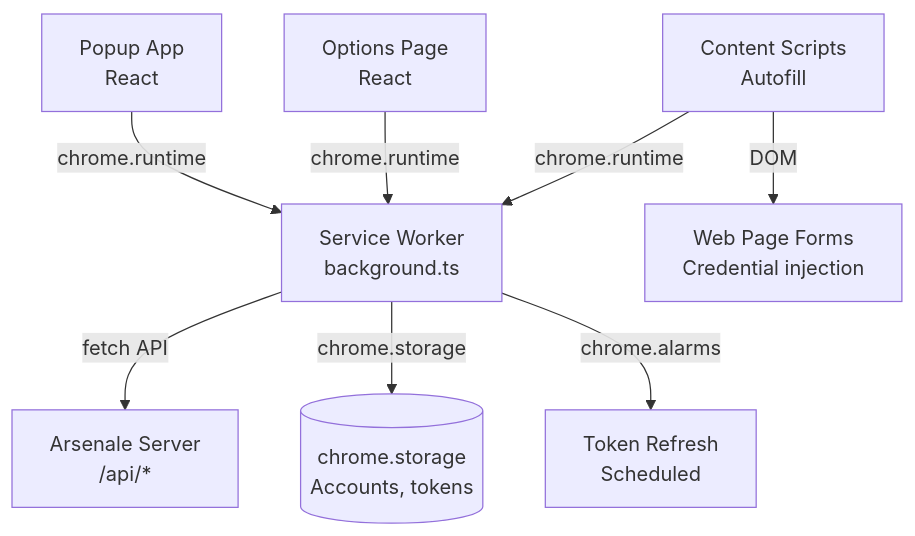
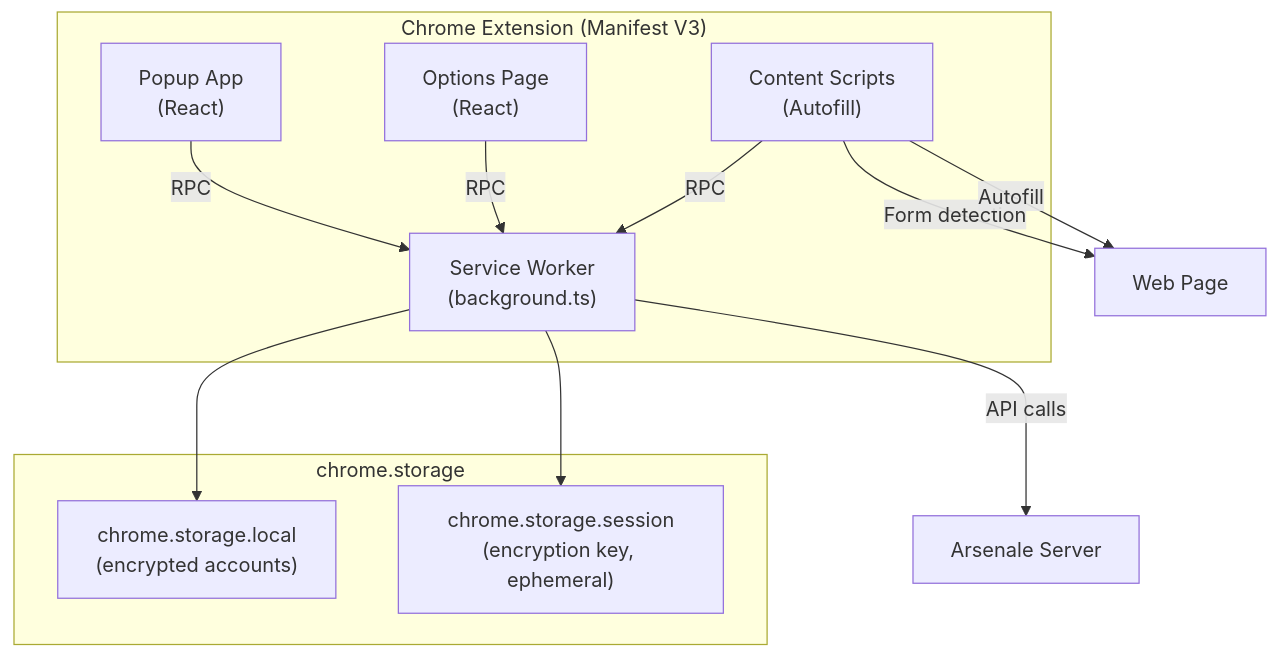
Before and after one commit to dnviti/remote-desktop-manager: diagram 11 of 11 in docs/architecture.md, drawn with Mermaid. The commit also changed other lines of this file and 9 other files, not shown here.

````diff
--- a/docs/architecture.md
+++ b/docs/architecture.md
@@ -383,12 +515,23 @@
 ```mermaid
 flowchart TD
-    Popup[Popup App<br/>React] -->|chrome.runtime| SW[Service Worker<br/>background.ts]
-    Options[Options Page<br/>React] -->|chrome.runtime| SW
-    Content[Content Scripts<br/>Autofill] -->|chrome.runtime| SW
+    subgraph Extension["Chrome Extension (Manifest V3)"]
+        BG["Service Worker<br/>(background.ts)"]
+        Popup["Popup App<br/>(React)"]
+        Options["Options Page<br/>(React)"]
+        Content["Content Scripts<br/>(Autofill)"]
+    end
 
-    SW -->|fetch API| Server[Arsenale Server<br/>/api/*]
-    SW -->|chrome.storage| Storage[(chrome.storage<br/>Accounts, tokens)]
-    SW -->|chrome.alarms| Alarms[Token Refresh<br/>Scheduled]
+    subgraph Storage["chrome.storage"]
+        Local["chrome.storage.local<br/>(encrypted accounts)"]
+        Session["chrome.storage.session<br/>(encryption key, ephemeral)"]
+    end
 
-    Content -->|DOM| Forms[Web Page Forms<br/>Credential injection]
+    Popup -->|RPC| BG
+    Options -->|RPC| BG
+    Content -->|RPC| BG
+    BG -->|API calls| Server["Arsenale Server"]
+    BG --> Local
+    BG --> Session
+    Content -->|Form detection| WebPage["Web Page"]
+    Content -->|Autofill| WebPage
 ```
````
